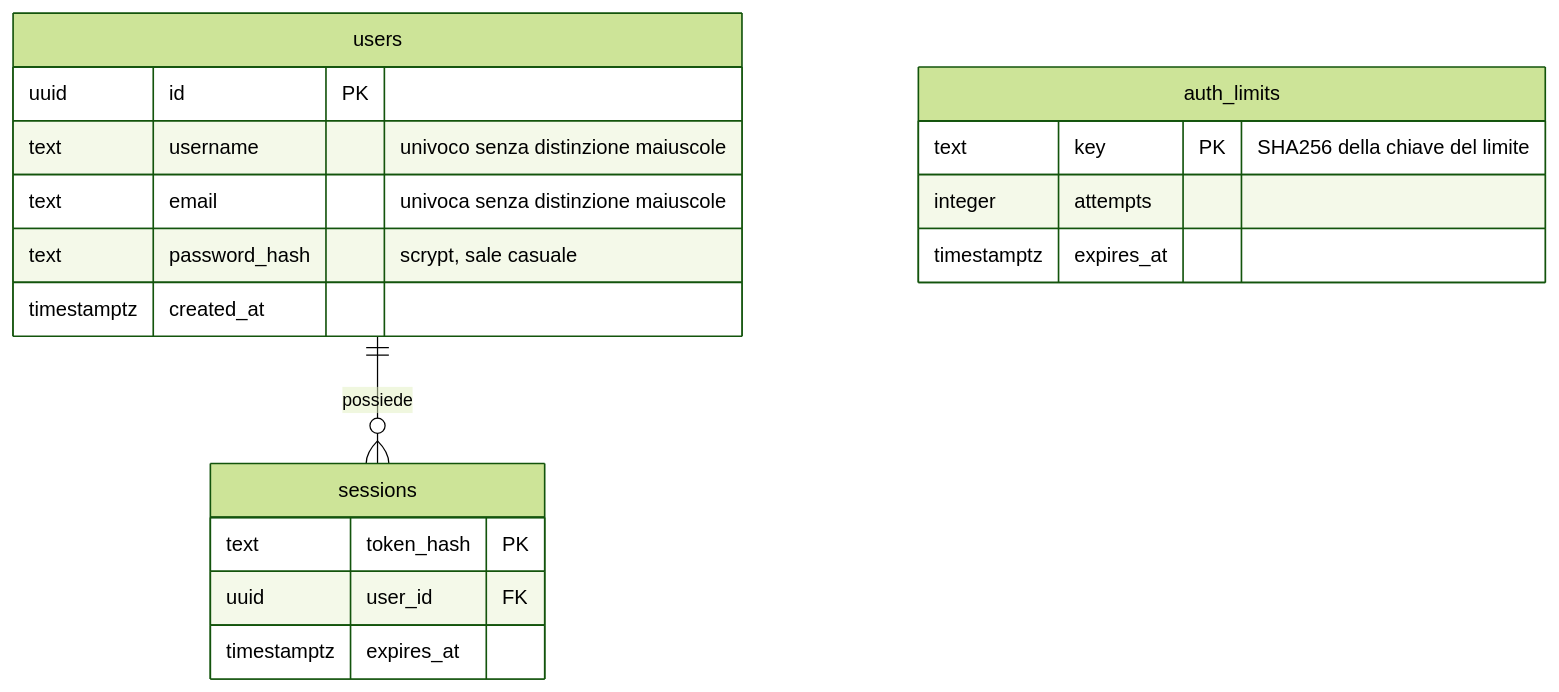
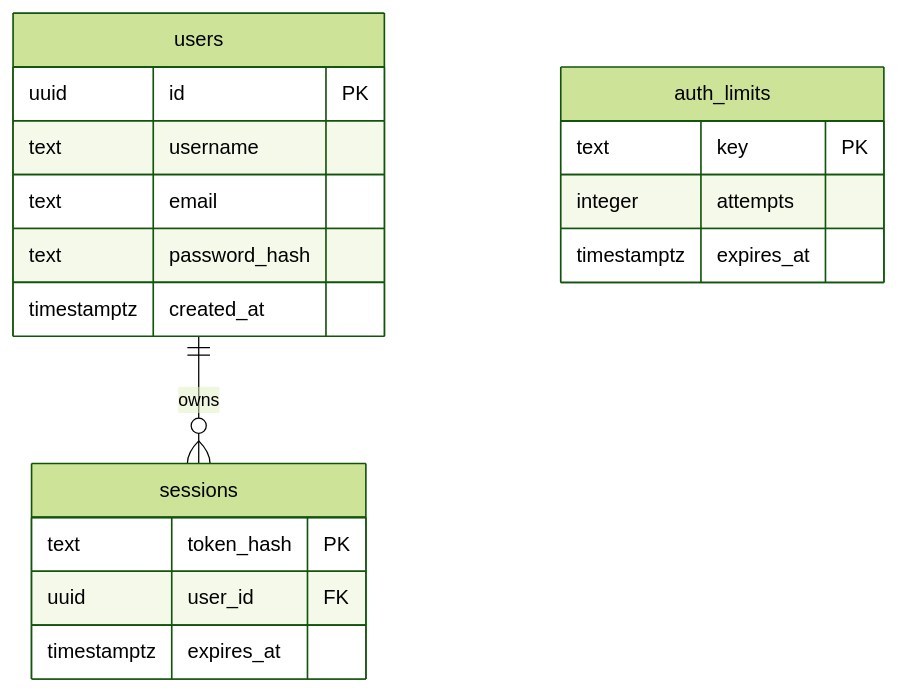
The second of 2 diagrams in documentation/authentication.md (NASA-SPACEAPP-2026/Space-Mission-Design-Game), drawn with Mermaid (forest theme) before and after one commit. The commit also changed other lines of this file and 23 other files, not shown here.

````diff
--- a/documentation/authentication.md
+++ b/documentation/authentication.md
@@ -27,21 +29,21 @@
 ```mermaid
 erDiagram
-  users ||--o{ sessions : possiede
+  users ||--o{ sessions : owns
   users {
     uuid id PK
-    text username "univoco senza distinzione maiuscole"
-    text email "univoca senza distinzione maiuscole"
-    text password_hash "scrypt, sale casuale"
+    text username
+    text email
+    text password_hash
     timestamptz created_at
   }
   sessions {
     text token_hash PK
     uuid user_id FK
     timestamptz expires_at
   }
   auth_limits {
-    text key PK "SHA256 della chiave del limite"
+    text key PK
     integer attempts
     timestamptz expires_at
   }
 ```
````
